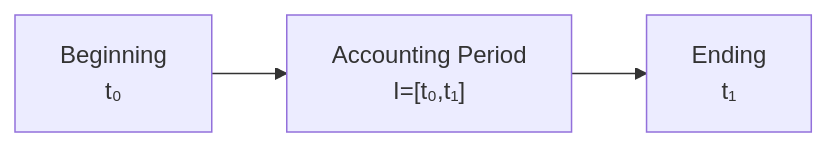
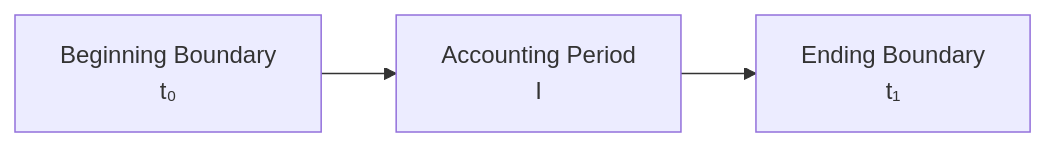
One commit to niikei/accounting-state-model changed the first of 10 diagrams in theory/07-period-stock-flow.md. Above: the diagram before and after it, drawn with Mermaid. The commit also changed other lines of this file and 2 other files, not shown here.

````diff
--- a/theory/07-period-stock-flow.md
+++ b/theory/07-period-stock-flow.md
@@ -17,8 +73,8 @@
 ```mermaid
 flowchart LR
-    BEGIN["Beginning<br/>t₀"]
-    PERIOD["Accounting Period<br/>I=[t₀,t₁]"]
-    END["Ending<br/>t₁"]
+    BEGIN["Beginning Boundary<br/>t₀"]
+    PERIOD["Accounting Period<br/>I"]
+    END["Ending Boundary<br/>t₁"]
 
     BEGIN --> PERIOD --> END
 ```
````
